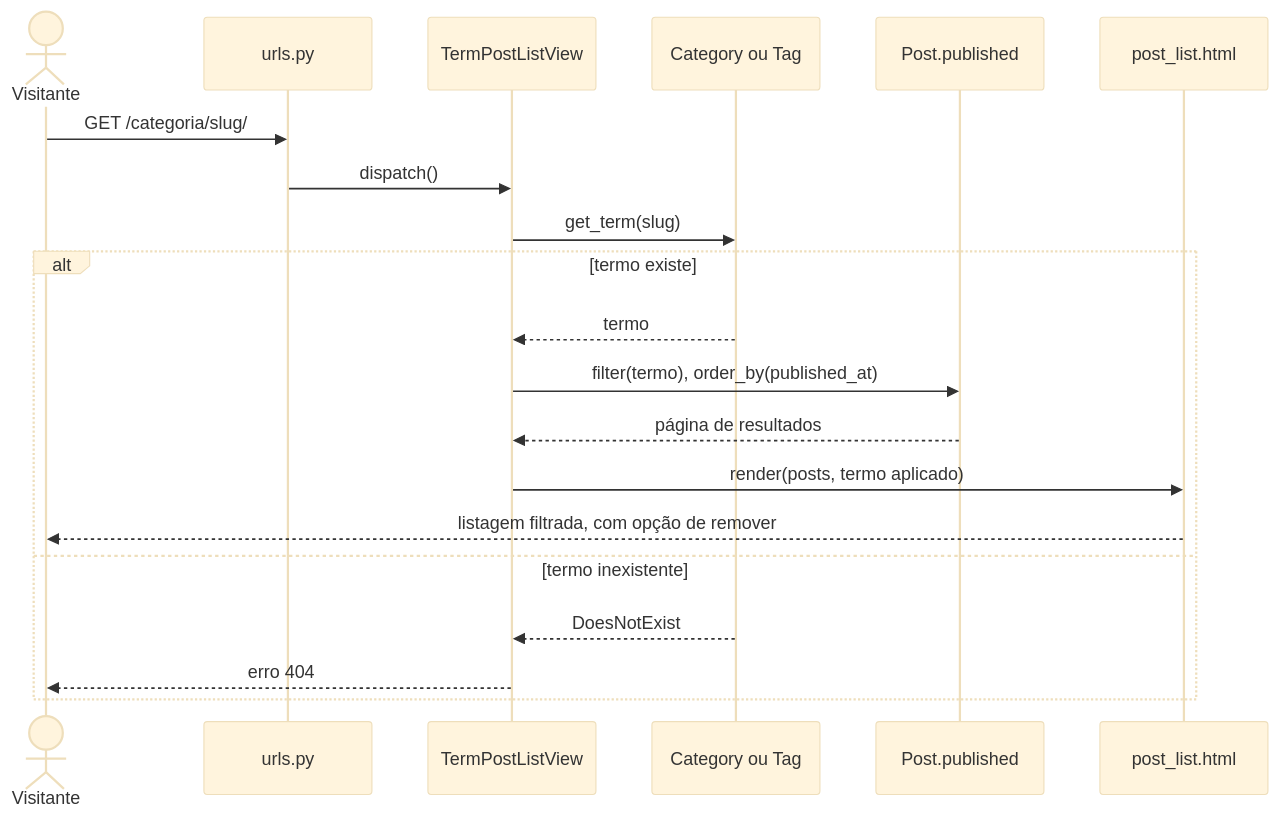
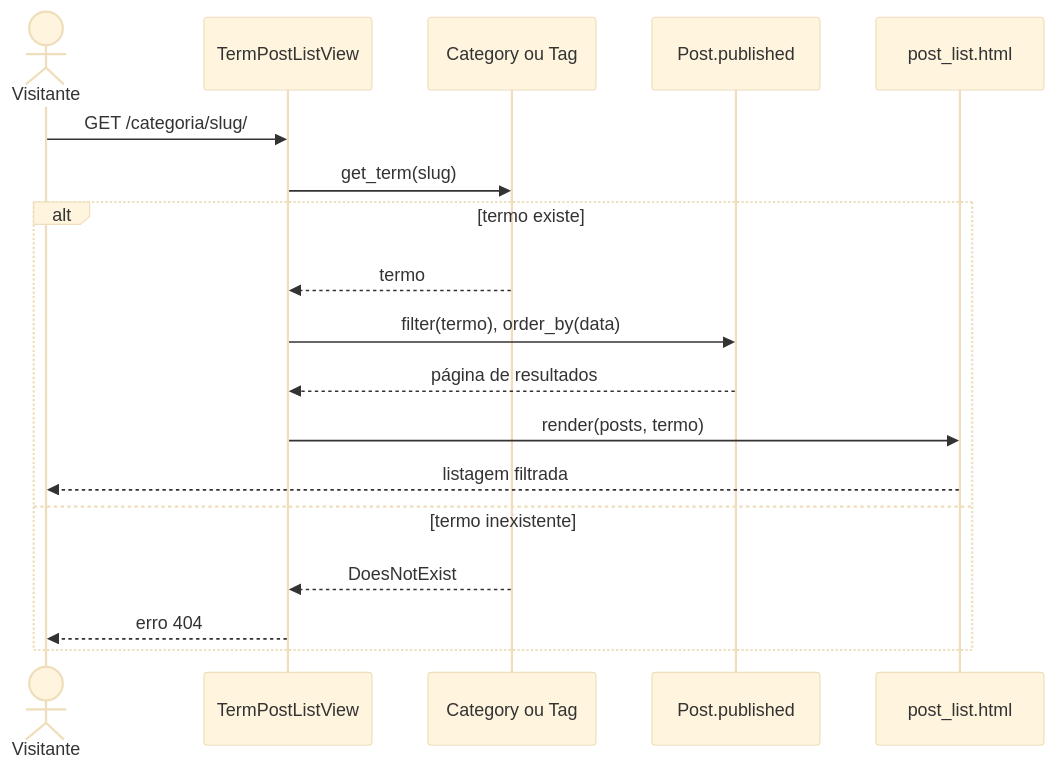
The diagram in docs/sequencia-de-projeto/UC04.md (ataraxia-ppads/ataraxia-blog), drawn with Mermaid (base theme) before and after one commit. The commit also changed 5 other files, not shown here.

First line of the commit message:
docs: cinco raias por diagrama, em vez de seis

````diff
--- a/docs/sequencia-de-projeto/UC04.md
+++ b/docs/sequencia-de-projeto/UC04.md
@@ -3,22 +3,20 @@
 ```mermaid
 sequenceDiagram
     actor V as Visitante
-    participant U as urls.py
     participant Vw as TermPostListView
     participant Tx as Category ou Tag
     participant P as Post.published
     participant T as post_list.html
-    V->>U: GET /categoria/slug/
-    U->>Vw: dispatch()
+    V->>Vw: GET /categoria/slug/
     Vw->>Tx: get_term(slug)
     alt termo existe
         Tx-->>Vw: termo
-        Vw->>P: filter(termo), order_by(published_at)
+        Vw->>P: filter(termo), order_by(data)
         P-->>Vw: página de resultados
-        Vw->>T: render(posts, termo aplicado)
-        T-->>V: listagem filtrada, com opção de remover
+        Vw->>T: render(posts, termo)
+        T-->>V: listagem filtrada
     else termo inexistente
         Tx-->>Vw: DoesNotExist
         Vw-->>V: erro 404
     end
 ```
````
